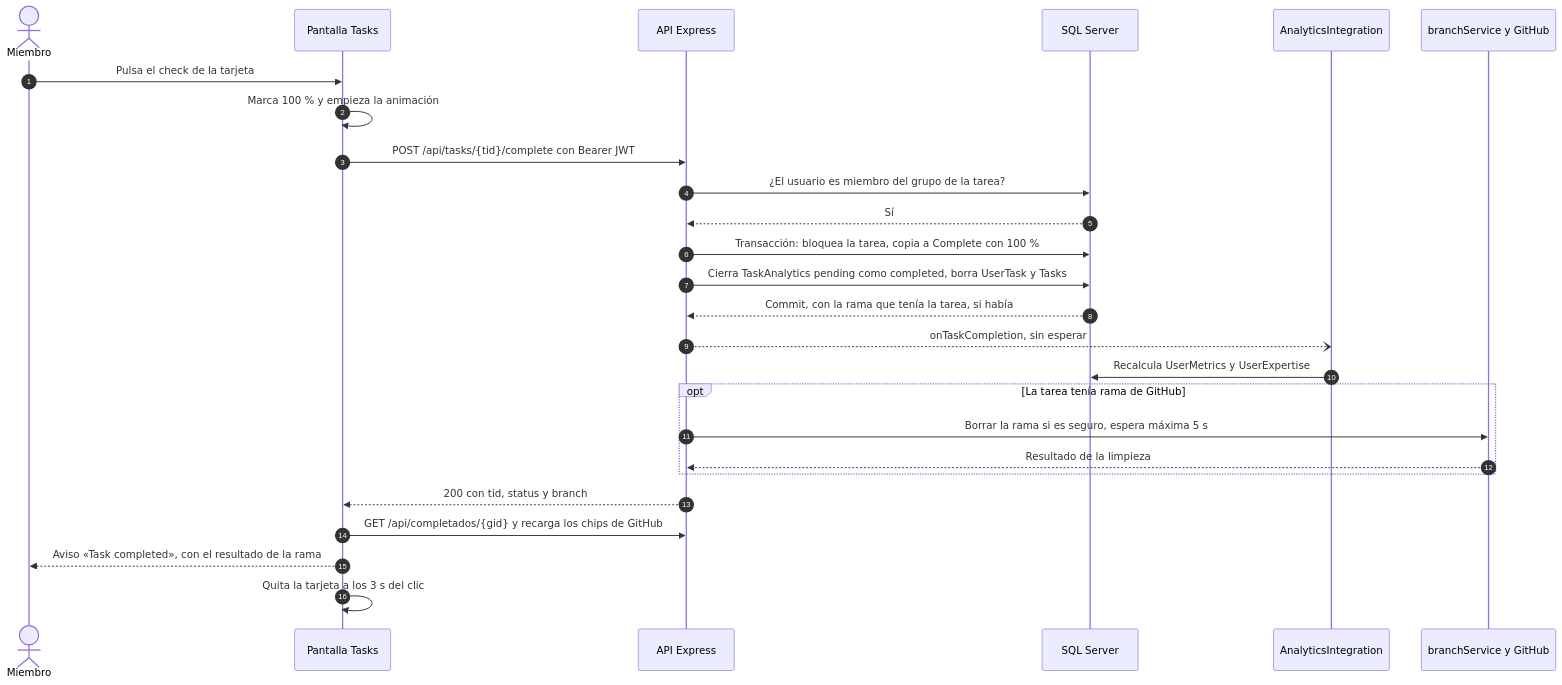
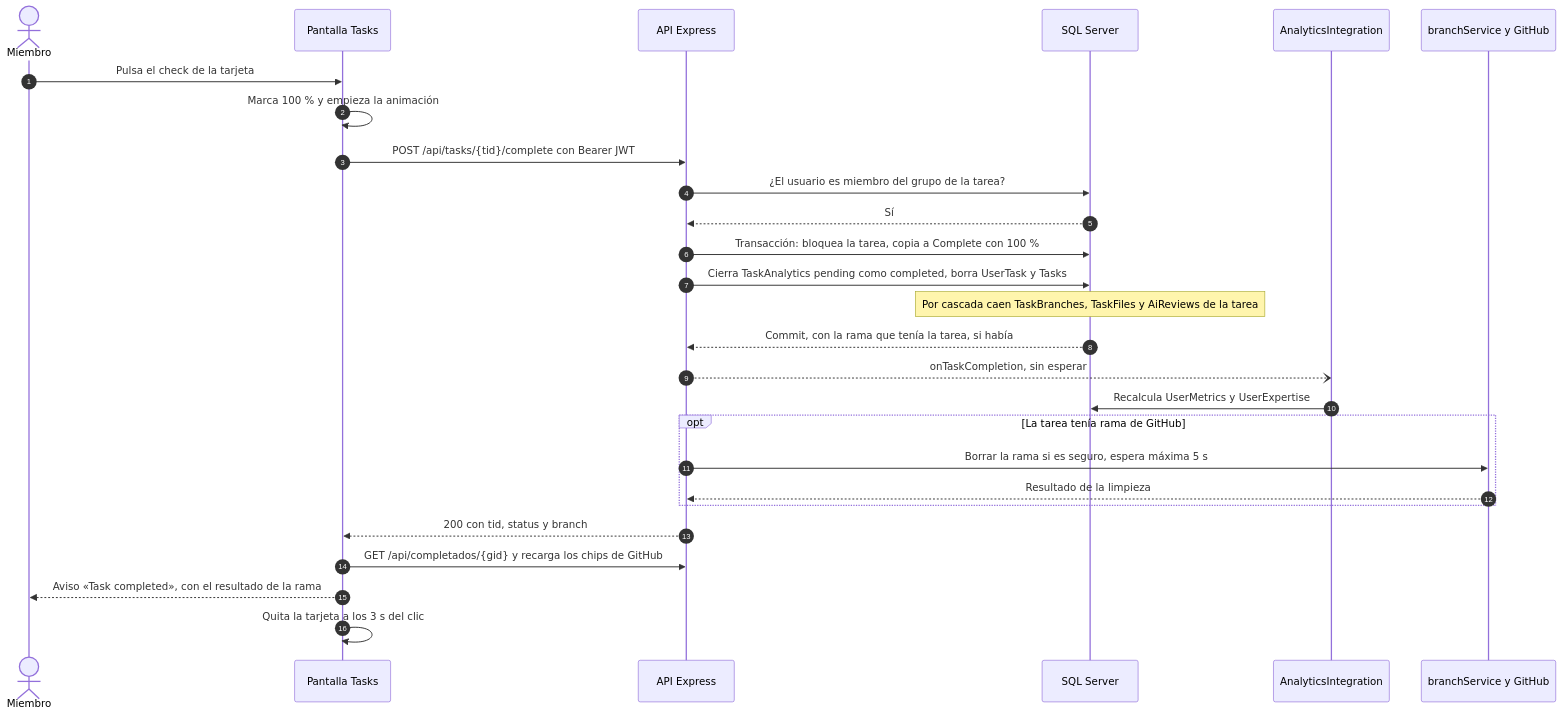
Before and after one commit to PabloP150/proyecto-is-cc6: the first of 3 diagrams in documentacion/06-flujos/03-tareas.md, drawn with Mermaid. The commit also changed other lines of this file and 204 other files, not shown here.

First line of the commit message:
docs: update all documentation, diagrams and PNGs to the test/e2e state

````diff
--- a/documentacion/06-flujos/03-tareas.md
+++ b/documentacion/06-flujos/03-tareas.md
@@ -7,29 +7,30 @@
 ```mermaid
 sequenceDiagram
     autonumber
     actor U as Miembro
     participant FE as Pantalla Tasks
     participant API as API Express
     participant DB as SQL Server
     participant AN as AnalyticsIntegration
     participant GH as branchService y GitHub
 
     U->>FE: Pulsa el check de la tarjeta
     FE->>FE: Marca 100 % y empieza la animación
     FE->>API: POST /api/tasks/{tid}/complete con Bearer JWT
     API->>DB: ¿El usuario es miembro del grupo de la tarea?
     DB-->>API: Sí
     API->>DB: Transacción: bloquea la tarea, copia a Complete con 100 %
     API->>DB: Cierra TaskAnalytics pending como completed, borra UserTask y Tasks
+    Note over DB: Por cascada caen TaskBranches, TaskFiles y AiReviews de la tarea
     DB-->>API: Commit, con la rama que tenía la tarea, si había
     API--)AN: onTaskCompletion, sin esperar
     AN->>DB: Recalcula UserMetrics y UserExpertise
     opt La tarea tenía rama de GitHub
         API->>GH: Borrar la rama si es seguro, espera máxima 5 s
         GH-->>API: Resultado de la limpieza
     end
     API-->>FE: 200 con tid, status y branch
     FE->>API: GET /api/completados/{gid} y recarga los chips de GitHub
     FE-->>U: Aviso «Task completed», con el resultado de la rama
     FE->>FE: Quita la tarjeta a los 3 s del clic
 ```
````
